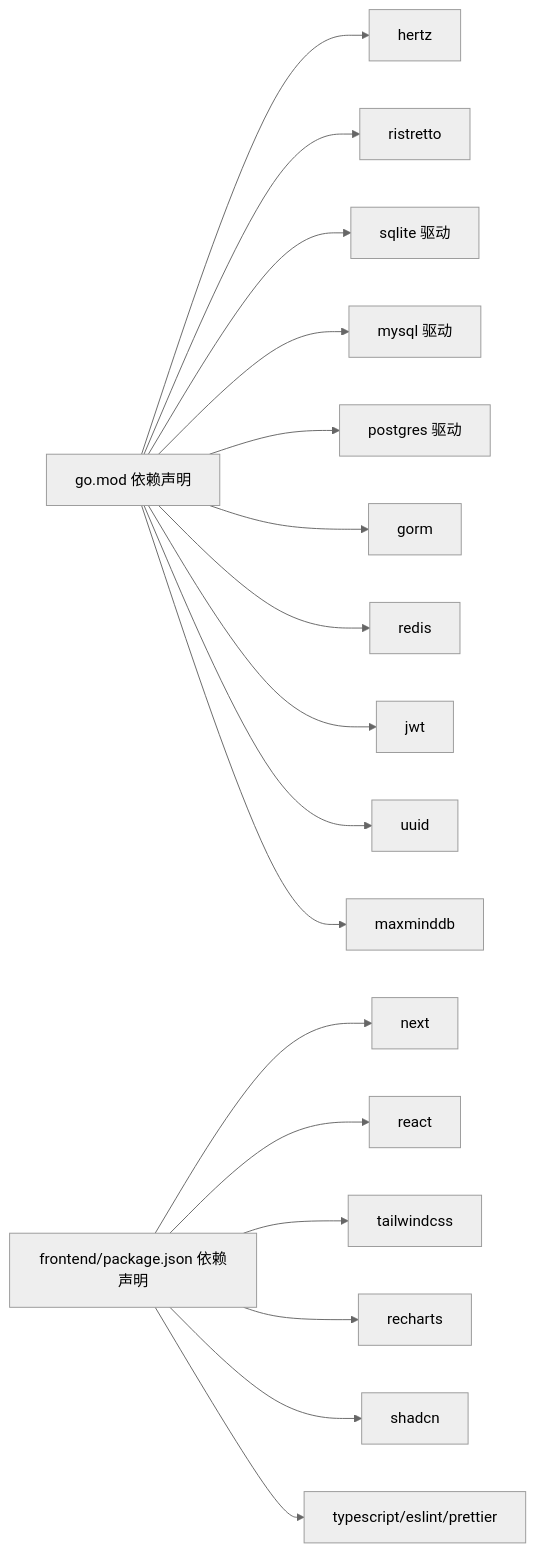
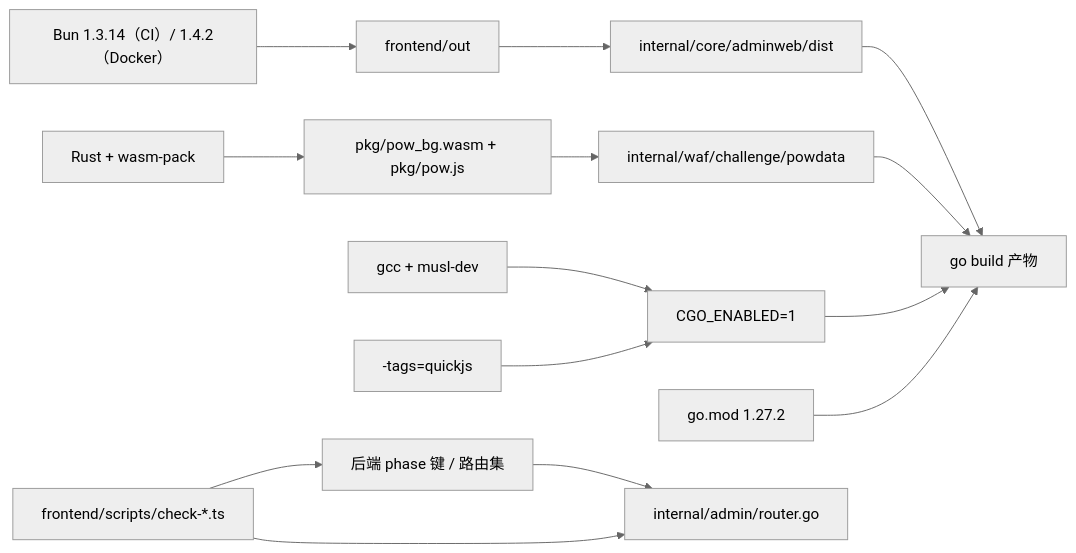
Before and after one commit to x01n/My-OpenWaf: the fourth of 4 diagrams in docs/项目概述/开发者指南.md, drawn with Mermaid (neutral theme). The commit also changed other lines of this file and 622 other files, not shown here.

````diff
--- a/docs/项目概述/开发者指南.md
+++ b/docs/项目概述/开发者指南.md
@@ -277,21 +494,16 @@
 ```mermaid
 graph LR
-GO_MOD["go.mod 依赖声明"]
-NEXT_PKG["frontend/package.json 依赖声明"]
-GO_MOD --> HERTZ["hertz"]
-GO_MOD --> RISTRETTO["ristretto"]
-GO_MOD --> SQLITE["sqlite 驱动"]
-GO_MOD --> MYSQL["mysql 驱动"]
-GO_MOD --> PG["postgres 驱动"]
-GO_MOD --> GORM["gorm"]
-GO_MOD --> REDIS["redis"]
-GO_MOD --> JWT["jwt"]
-GO_MOD --> UUID["uuid"]
-GO_MOD --> GEO["maxminddb"]
-NEXT_PKG --> NEXT["next"]
-NEXT_PKG --> REACT["react"]
-NEXT_PKG --> TAILWIND["tailwindcss"]
-NEXT_PKG --> RECHARTS["recharts"]
-NEXT_PKG --> SHADCN["shadcn"]
-NEXT_PKG --> TYPES["typescript/eslint/prettier"]
+  BUN["Bun 1.3.14（CI）/ 1.4.2（Docker）"] --> OUT["frontend/out"]
+  OUT --> DIST["internal/core/adminweb/dist"]
+  DIST --> BIN1["go build 产物"]
+  RUST["Rust + wasm-pack"] --> PKG["pkg/pow_bg.wasm + pkg/pow.js"]
+  PKG --> POWDATA["internal/waf/challenge/powdata"]
+  POWDATA --> BIN1
+  GCC["gcc + musl-dev"] --> CGO["CGO_ENABLED=1"]
+  TAG["-tags=quickjs"] --> CGO
+  CGO --> BIN1
+  GOMOD["go.mod 1.27.2"] --> BIN1
+  CONTRACT["frontend/scripts/check-*.ts"] --> GOKEY["后端 phase 键 / 路由集"]
+  GOKEY --> ADMINR["internal/admin/router.go"]
+  CONTRACT --> ADMINR
 ```
````
